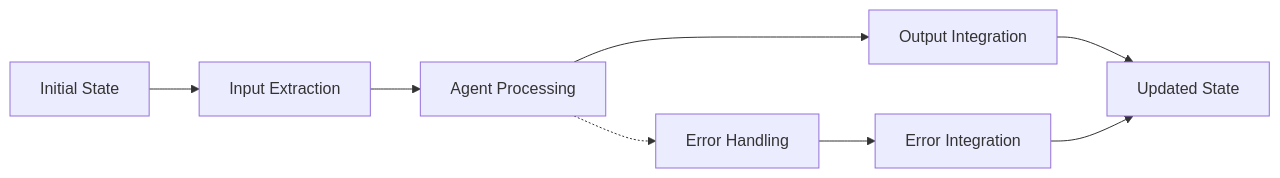
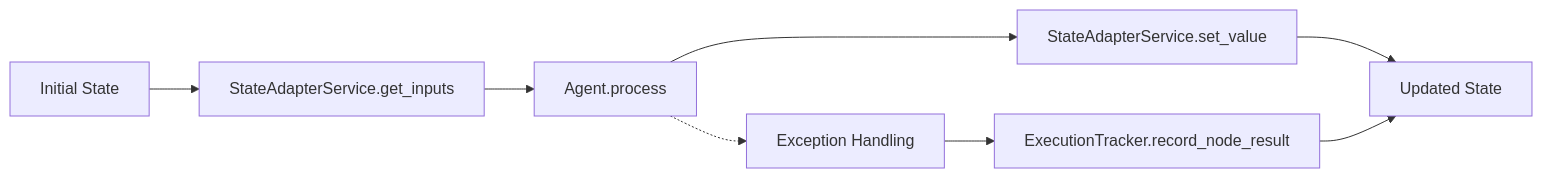
Before and after one commit to jwwelbor/AgentMap: the second of 2 diagrams in docs/usage/agent_contract.md, drawn with Mermaid. The commit also changed other lines of this file and 107 other files, not shown here.

Commit message:
able to scaffold and run a graph. All tests passing!

````diff
--- a/docs/usage/agent_contract.md
+++ b/docs/usage/agent_contract.md
@@ -233,11 +239,11 @@
 ```mermaid
 flowchart LR
-    A[Initial State] --> B[Input Extraction]
-    B --> C[Agent Processing]
-    C --> D[Output Integration]
+    A[Initial State] --> B[StateAdapterService.get_inputs]
+    B --> C[Agent.process]
+    C --> D[StateAdapterService.set_value]
     D --> E[Updated State]
     
-    C -.-> F[Error Handling]
-    F --> G[Error Integration]
+    C -.-> F[Exception Handling]
+    F --> G[ExecutionTracker.record_node_result]
     G --> E
 ```
````
